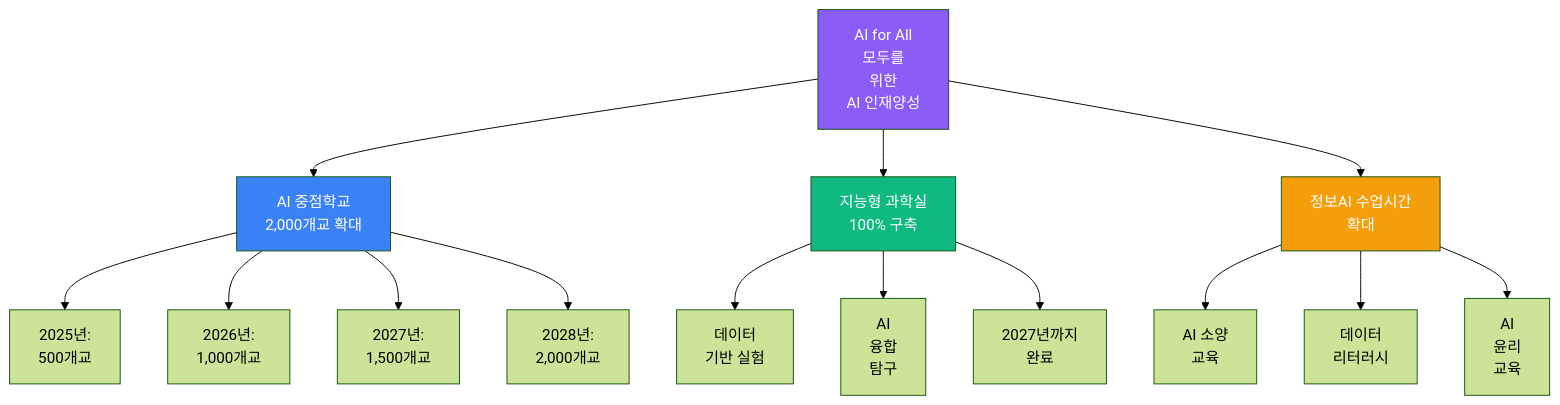
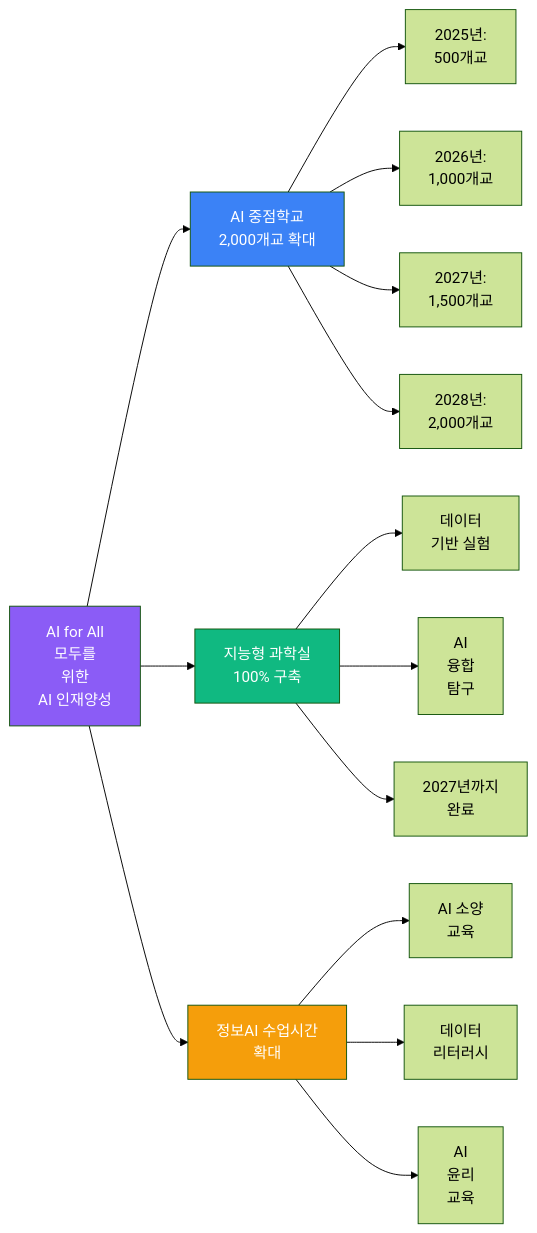
The first of 33 diagrams in documents/AI_중점학교_운영_제안서.md (Collegenie-X/AIMakerLab_Web), drawn with Mermaid (forest theme) before and after one commit.

````diff
--- a/documents/AI_중점학교_운영_제안서.md
+++ b/documents/AI_중점학교_운영_제안서.md
@@ -19,24 +19,24 @@
 ```mermaid
-graph TB
+graph LR
     A[AI for All<br/>모두를 <br>위한 <br>AI 인재양성] --> B[AI 중점학교<br/>2,000개교 확대]
     A --> C[지능형 과학실<br/>100% 구축]
     A --> D[정보AI 수업시간<br/>확대]
     
     B --> B1[2025년: <br>500개교]
     B --> B2[2026년: <br>1,000개교]
     B --> B3[2027년: <br>1,500개교]
     B --> B4[2028년: <br>2,000개교]
     
     C --> C1[데이터 <br>기반 실험]
     C --> C2[AI <br>융합 <br>탐구]
     C --> C3[2027년까지 <br>완료]
     
     D --> D1[AI 소양 <br>교육]
     D --> D2[데이터 <br>리터러시]
     D --> D3[AI <br>윤리 <br>교육]
     
     style A fill:#8b5cf6,color:#fff
     style B fill:#3b82f6,color:#fff
     style C fill:#10b981,color:#fff
     style D fill:#f59e0b,color:#fff
 ```
````
